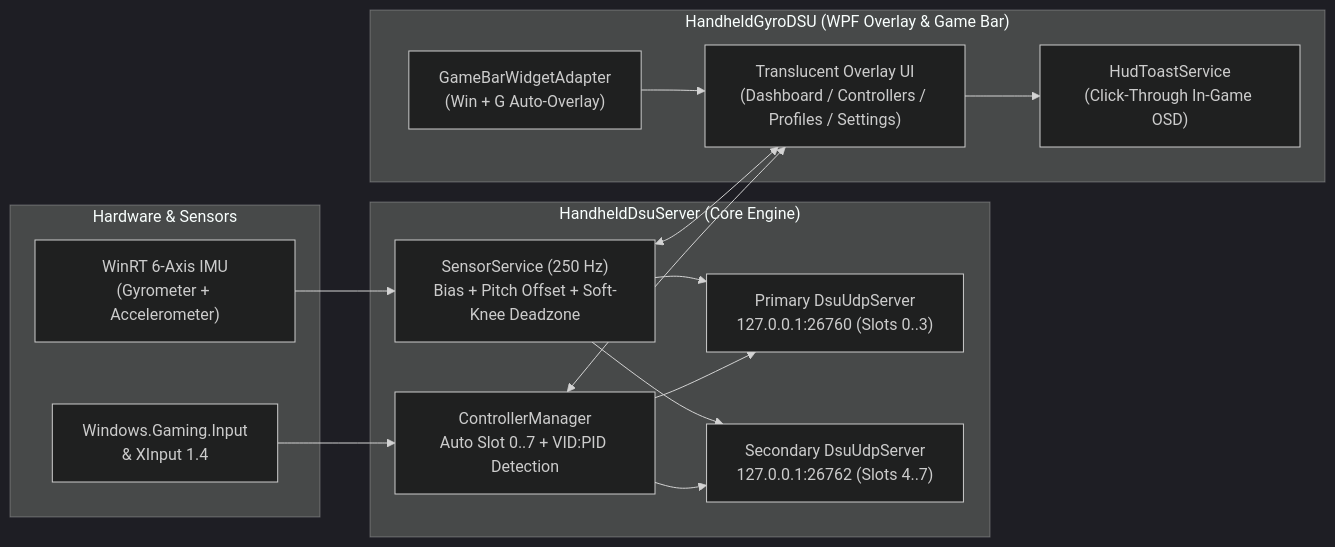
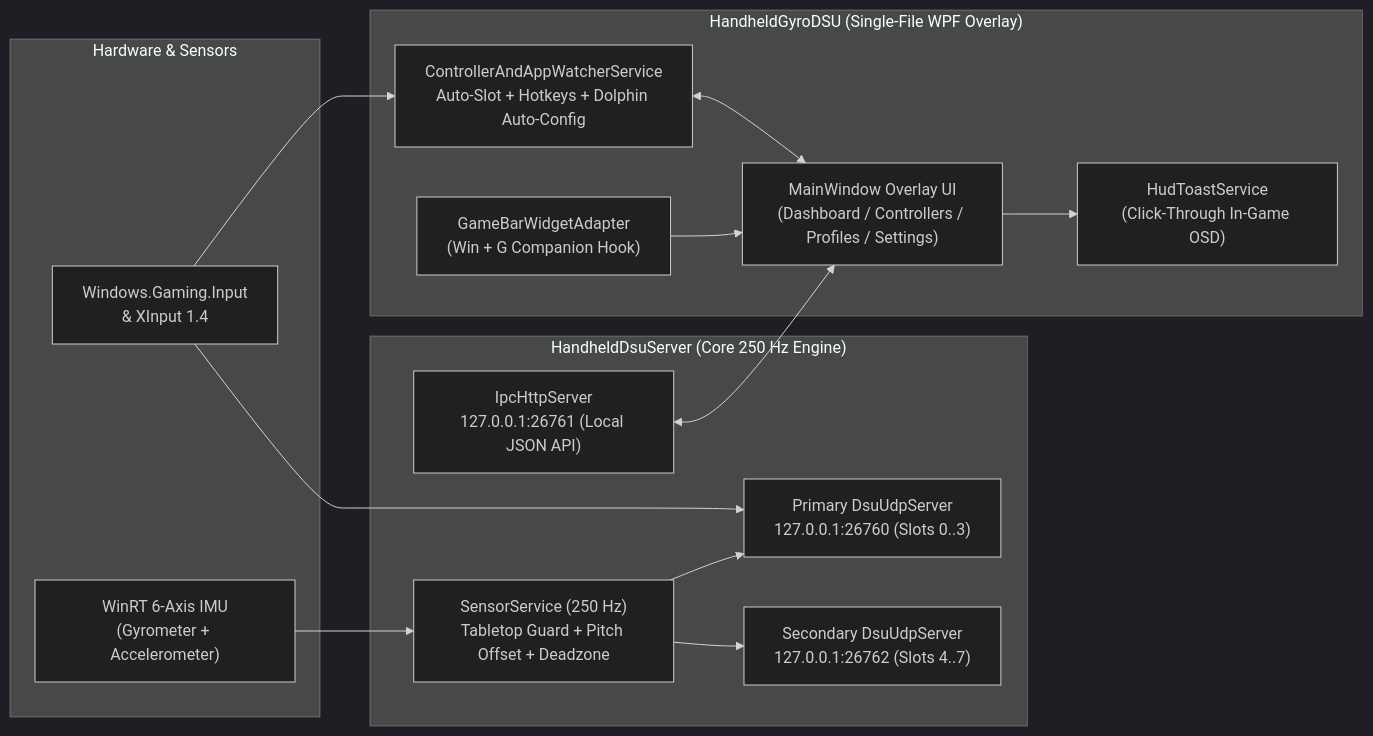
The diagram in README.md (brktlhylmz/HandheldGyroDSU), drawn with Mermaid (dark theme) before and after one commit. The commit also changed other lines of this file and 8 other files, not shown here.

````diff
--- a/README.md
+++ b/README.md
@@ -83,31 +105,31 @@
 ```mermaid
 flowchart LR
     subgraph Hardware ["Hardware & Sensors"]
         IMU["WinRT 6-Axis IMU\n(Gyrometer + Accelerometer)"]
         WGI["Windows.Gaming.Input\n& XInput 1.4"]
     end
 
-    subgraph Engine ["HandheldDsuServer (Core Engine)"]
-        SS["SensorService (250 Hz)\nBias + Pitch Offset + Soft-Knee Deadzone"]
-        CM["ControllerManager\nAuto Slot 0..7 + VID:PID Detection"]
+    subgraph Engine ["HandheldDsuServer (Core 250 Hz Engine)"]
+        SS["SensorService (250 Hz)\nTabletop Guard + Pitch Offset + Deadzone"]
         UDP1["Primary DsuUdpServer\n127.0.0.1:26760 (Slots 0..3)"]
         UDP2["Secondary DsuUdpServer\n127.0.0.1:26762 (Slots 4..7)"]
+        IPC["IpcHttpServer\n127.0.0.1:26761 (Local JSON API)"]
     end
 
-    subgraph UI ["HandheldGyroDSU (WPF Overlay & Game Bar)"]
-        MW["Translucent Overlay UI\n(Dashboard / Controllers / Profiles / Settings)"]
-        GB["GameBarWidgetAdapter\n(Win + G Auto-Overlay)"]
+    subgraph UI ["HandheldGyroDSU (Single-File WPF Overlay)"]
+        MW["MainWindow Overlay UI\n(Dashboard / Controllers / Profiles / Settings)"]
+        CW["ControllerAndAppWatcherService\nAuto-Slot + Hotkeys + Dolphin Auto-Config"]
+        GB["GameBarWidgetAdapter\n(Win + G Companion Hook)"]
         HUD["HudToastService\n(Click-Through In-Game OSD)"]
     end
 
     IMU --> SS
-    WGI --> CM
+    WGI --> CW
+    WGI --> UDP1
     SS --> UDP1
     SS --> UDP2
-    CM --> UDP1
-    CM --> UDP2
-    SS <--> MW
-    CM <--> MW
+    IPC <--> MW
+    CW <--> MW
     GB --> MW
     MW --> HUD
 ```
````
